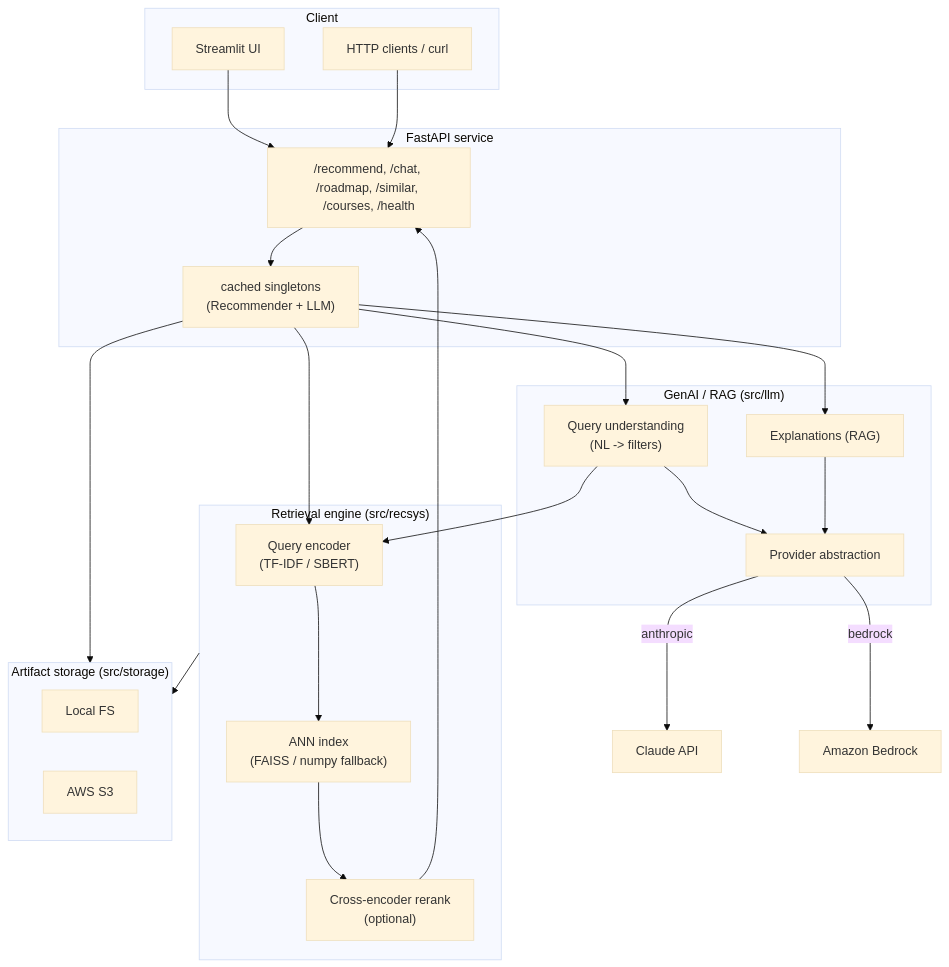
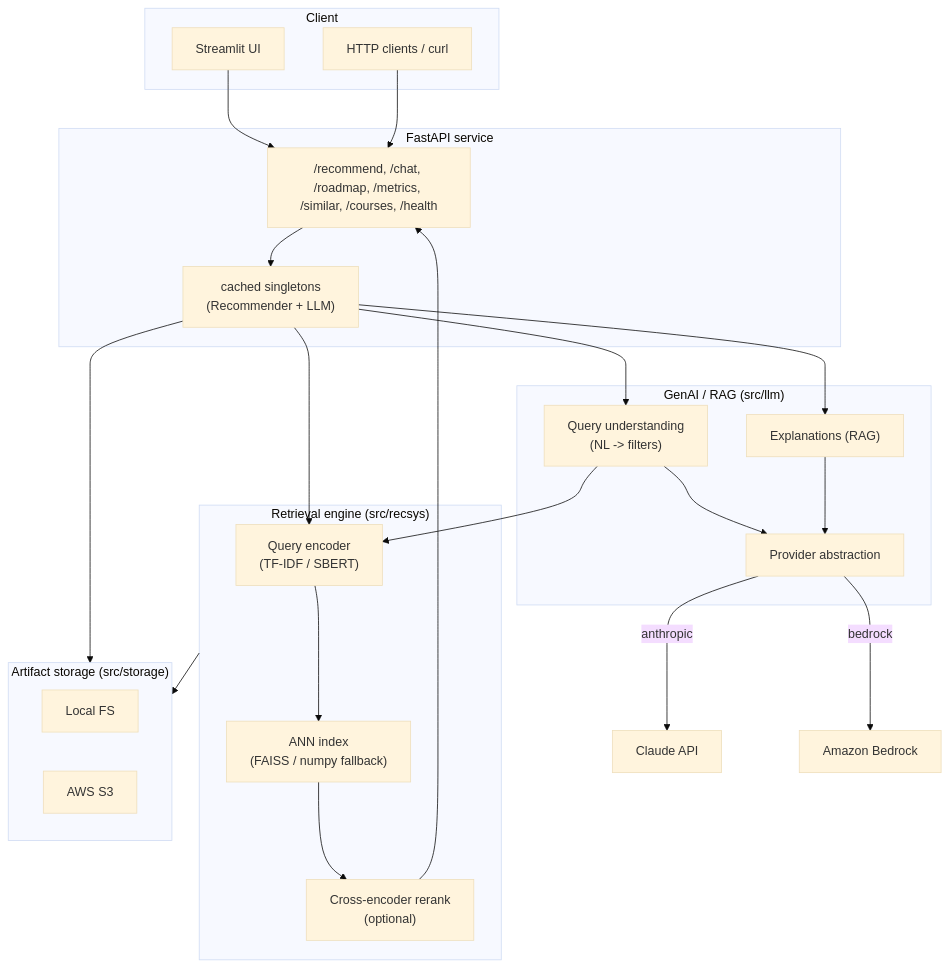
Before and after one commit to KhangPhanTZ/course-recommender-simple: the first of 3 diagrams in docs/architecture.md, drawn with Mermaid (base theme). The commit also changed 11 other files, not shown here.

````diff
--- a/docs/architecture.md
+++ b/docs/architecture.md
@@ -9,41 +9,41 @@
 ```mermaid
 flowchart TB
     subgraph Client
         UI["Streamlit UI"]
         Curl["HTTP clients / curl"]
     end
 
     subgraph Serving["FastAPI service"]
-        R["/recommend, /chat, /roadmap, /similar, /courses, /health"]
+        R["/recommend, /chat, /roadmap, /metrics, /similar, /courses, /health"]
         DEP["cached singletons\n(Recommender + LLM)"]
     end
 
     subgraph Engine["Retrieval engine (src/recsys)"]
         ENC["Query encoder\n(TF-IDF / SBERT)"]
         IDX["ANN index\n(FAISS / numpy fallback)"]
         RR["Cross-encoder rerank\n(optional)"]
     end
 
     subgraph GenAI["GenAI / RAG (src/llm)"]
         QU["Query understanding\n(NL -> filters)"]
         EX["Explanations (RAG)"]
         PROV["Provider abstraction"]
     end
 
     subgraph Storage["Artifact storage (src/storage)"]
         LOC["Local FS"]
         S3["AWS S3"]
     end
 
     UI --> R
     Curl --> R
     R --> DEP --> ENC --> IDX --> RR --> R
     DEP --> QU --> ENC
     DEP --> EX
     QU --> PROV
     EX --> PROV
     PROV -->|anthropic| CLAUDE["Claude API"]
     PROV -->|bedrock| BR["Amazon Bedrock"]
     DEP --> Storage
     Engine --> Storage
 ```
````
